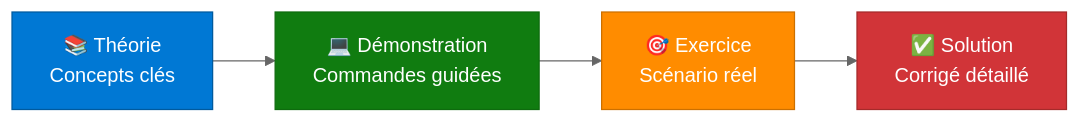
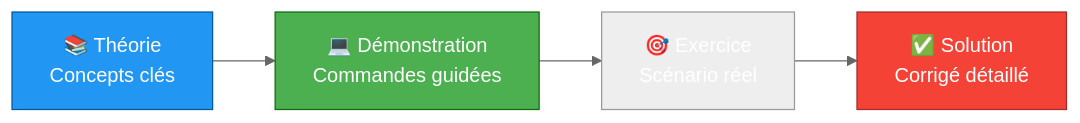
Before and after one commit to VBlackJack/ShellBook: the second of 2 diagrams in docs/formations/windows-server/index.md, drawn with Mermaid (neutral theme). The commit also changed other lines of this file and 337 other files, not shown here.

First line of the commit message:
refactor(docs): Standardize code blocks and Mermaid colors

````diff
--- a/docs/formations/windows-server/index.md
+++ b/docs/formations/windows-server/index.md
@@ -247,11 +247,11 @@
 ```mermaid
 flowchart LR
     A[📚 Théorie<br/>Concepts clés] --> B[💻 Démonstration<br/>Commandes guidées]
     B --> C[🎯 Exercice<br/>Scénario réel]
     C --> D[✅ Solution<br/>Corrigé détaillé]
 
-    style A fill:#0078d4,stroke:#005a9e,color:#fff
-    style B fill:#107c10,stroke:#0e6b0e,color:#fff
-    style C fill:#ff8c00,stroke:#cc7000,color:#fff
-    style D fill:#d13438,stroke:#a52a2a,color:#fff
+    style A fill:#2196F3,stroke:#005a9e,color:#fff
+    style B fill:#4CAF50,stroke:#0e6b0e,color:#fff
+    style C fill:#FF9800800800,stroke:#FF9800800,color:#fff
+    style D fill:#f44336,stroke:#a52a2a,color:#fff
 ```
````
